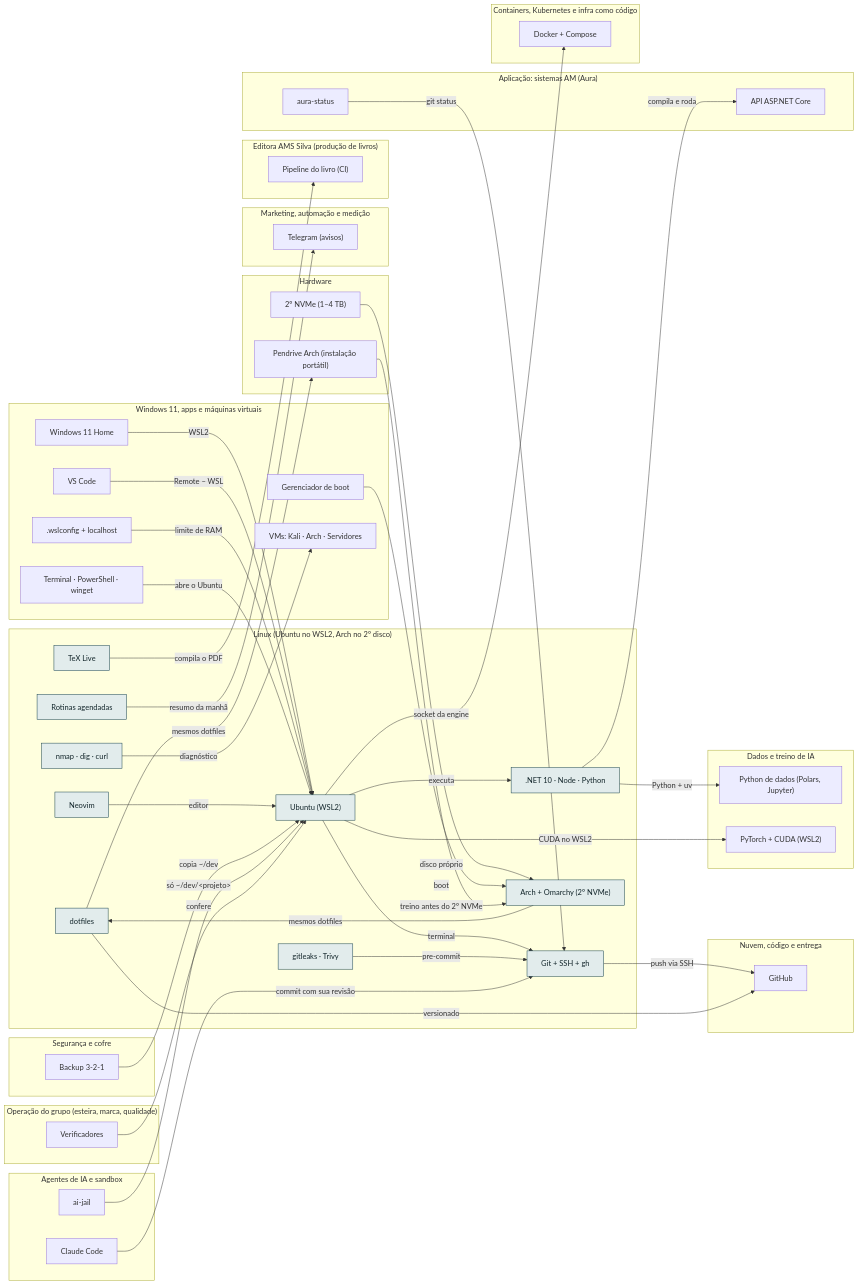
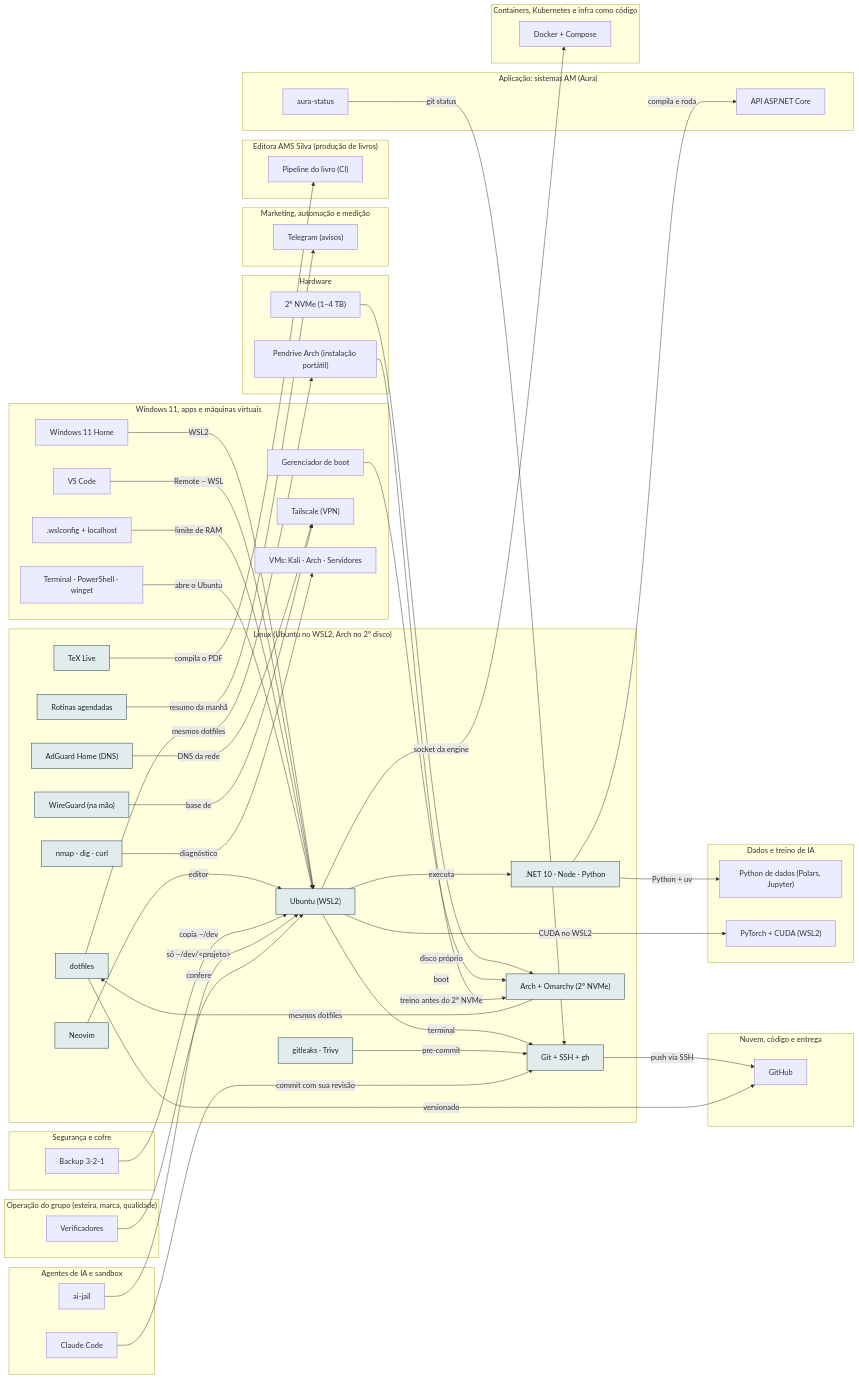
One commit to AlanMateus17/dev-setup changed the diagram in docs/camadas/04-lin.md. Above: the diagram before and after it, drawn with Mermaid. The commit also changed other lines of this file and 56 other files, not shown here.

````diff
--- a/docs/camadas/04-lin.md
+++ b/docs/camadas/04-lin.md
@@ -24,6 +24,8 @@
     n_dot["dotfiles"]
     n_arch["Arch + Omarchy (2º NVMe)"]
     n_rotinas["Rotinas agendadas"]
+    n_adguard["AdGuard Home (DNS)"]
+    n_wireguard["WireGuard (na mão)"]
   end
   subgraph L_oper["Operação do grupo (esteira, marca, qualidade)"]
     n_overif["Verificadores"]
@@ -54,6 +56,7 @@
   end
   subgraph L_win["Windows 11, apps e máquinas virtuais"]
     n_boot["Gerenciador de boot"]
+    n_tail["Tailscale (VPN)"]
     n_vms["VMs: Kali · Arch · Servidores"]
     n_vsc["VS Code"]
     n_w11["Windows 11 Home"]
@@ -94,6 +97,8 @@
   n_boot -->|"boot"| n_arch
   n_parch -->|"treino antes do 2º NVMe"| n_arch
   n_rotinas -->|"resumo da manhã"| n_tg
+  n_adguard -->|"DNS da rede"| n_tail
+  n_wireguard -->|"base de"| n_tail
   classDef desta fill:#e2ecec,stroke:#0e3a45,color:#13262b
-  class n_nvim,n_netw,n_wsl,n_git,n_rt,n_tex,n_sec,n_dot,n_arch,n_rotinas desta
+  class n_nvim,n_netw,n_wsl,n_git,n_rt,n_tex,n_sec,n_dot,n_arch,n_rotinas,n_adguard,n_wireguard desta
 ```
````
